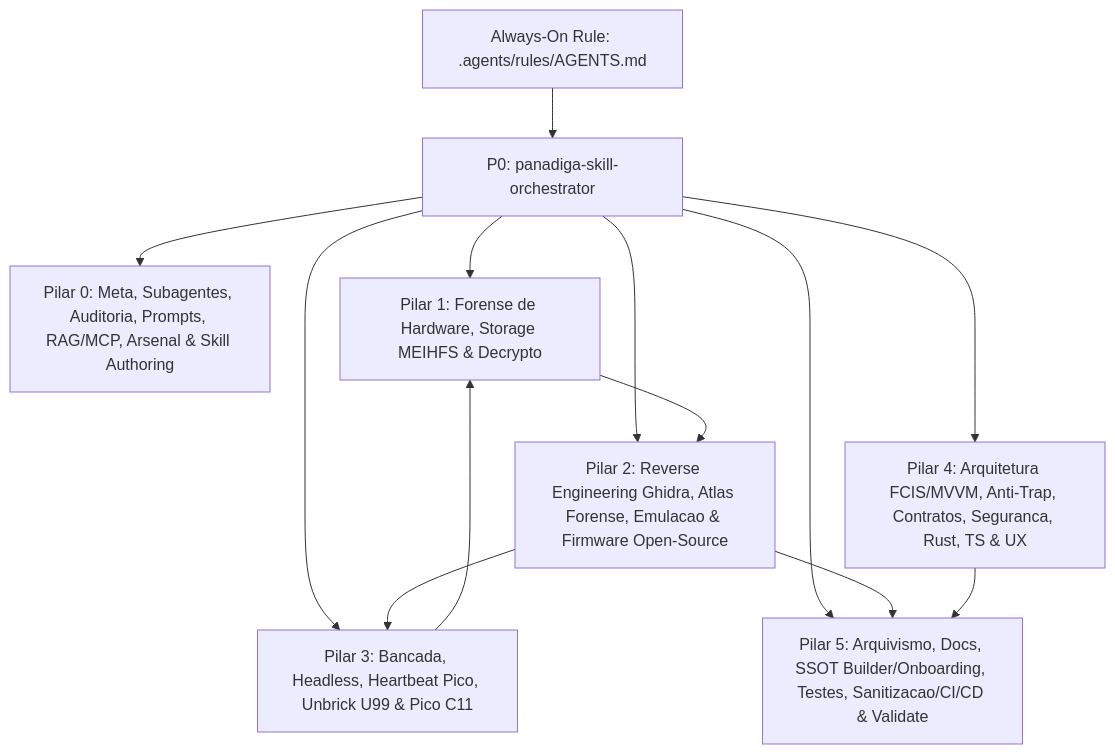
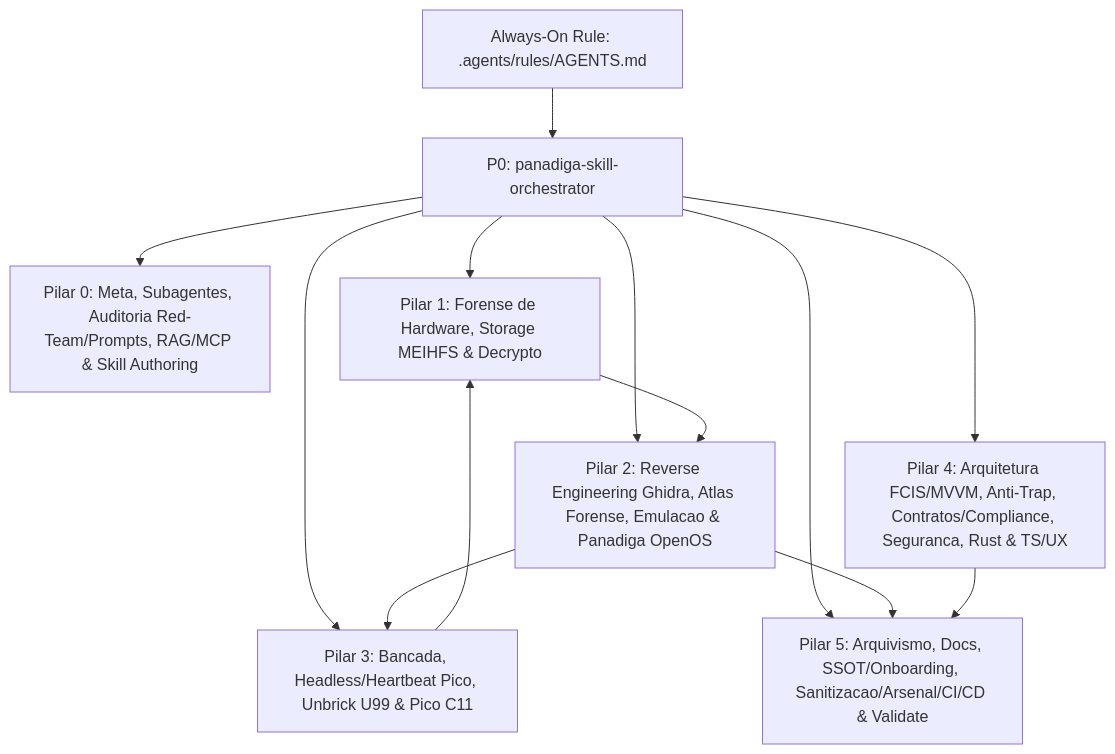
One commit to orgchrono/Panadiga changed the diagram in .agents/skills/README.md. Above: the diagram before and after it, drawn with Mermaid. The commit also changed other lines of this file and 79 other files, not shown here.

````diff
--- a/.agents/skills/README.md
+++ b/.agents/skills/README.md
@@ -7,15 +7,15 @@
 ```mermaid
 flowchart TD
     RULE["Always-On Rule: .agents/rules/AGENTS.md"] --> ORCH["P0: panadiga-skill-orchestrator"]
 
-    ORCH --> P0["Pilar 0: Meta, Subagentes, Auditoria, Prompts, RAG/MCP, Arsenal & Skill Authoring"]
+    ORCH --> P0["Pilar 0: Meta, Subagentes, Auditoria Red-Team/Prompts, RAG/MCP & Skill Authoring"]
     ORCH --> P1["Pilar 1: Forense de Hardware, Storage MEIHFS & Decrypto"]
-    ORCH --> P2["Pilar 2: Reverse Engineering Ghidra, Atlas Forense, Emulacao & Firmware Open-Source"]
-    ORCH --> P3["Pilar 3: Bancada, Headless, Heartbeat Pico, Unbrick U99 & Pico C11"]
-    ORCH --> P4["Pilar 4: Arquitetura FCIS/MVVM, Anti-Trap, Contratos, Seguranca, Rust, TS & UX"]
-    ORCH --> P5["Pilar 5: Arquivismo, Docs, SSOT Builder/Onboarding, Testes, Sanitizacao/CI/CD & Validate"]
+    ORCH --> P2["Pilar 2: Reverse Engineering Ghidra, Atlas Forense, Emulacao & Panadiga OpenOS"]
+    ORCH --> P3["Pilar 3: Bancada, Headless/Heartbeat Pico, Unbrick U99 & Pico C11"]
+    ORCH --> P4["Pilar 4: Arquitetura FCIS/MVVM, Anti-Trap, Contratos/Compliance, Seguranca, Rust & TS/UX"]
+    ORCH --> P5["Pilar 5: Arquivismo, Docs, SSOT/Onboarding, Sanitizacao/Arsenal/CI/CD & Validate"]
 
     P3 --> P1 --> P2 --> P3
     P2 --> P5
     P4 --> P5
 ```
````
